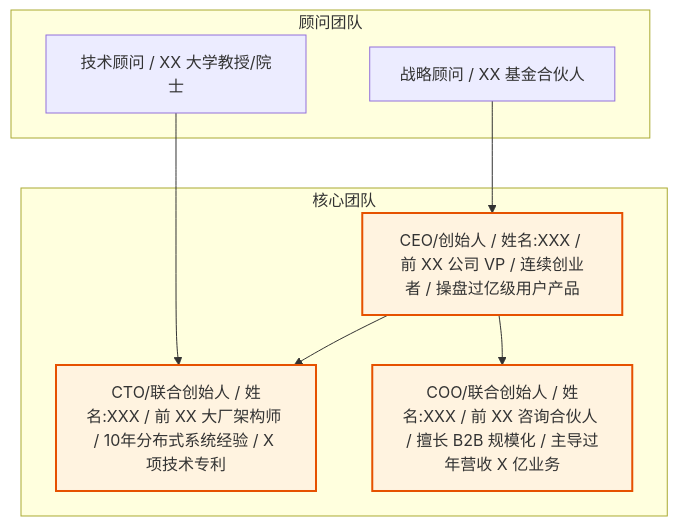
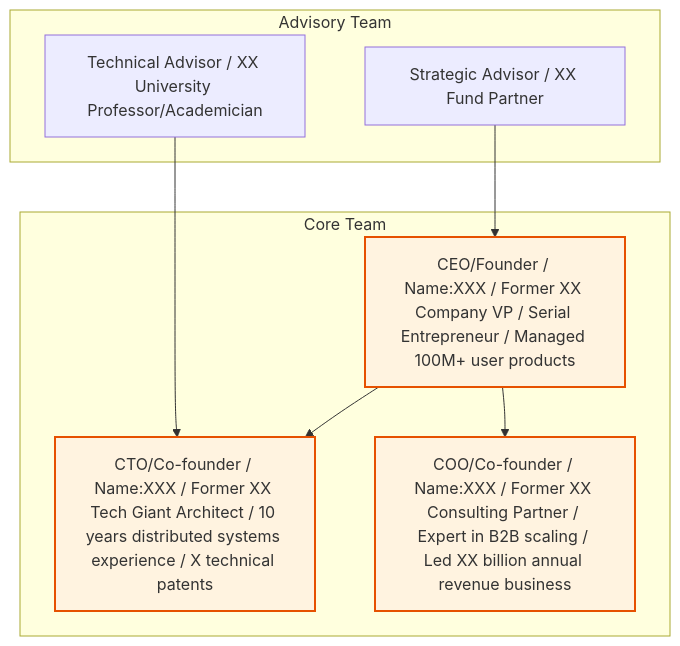
The eighth of 10 diagrams in templates/【模板】商业计划书.md (Kirky-X/cangjie), drawn with Mermaid before and after one commit. The commit also changed other lines of this file and 12 other files, not shown here.

````diff
--- a/templates/【模板】商业计划书.md
+++ b/templates/【模板】商业计划书.md
@@ -289,22 +289,22 @@
 ```mermaid
 graph TD
-    subgraph 核心团队
-        CEO[CEO/创始人 / 姓名:XXX / 前 XX 公司 VP / 连续创业者 / 操盘过亿级用户产品]
-        CTO[CTO/联合创始人 / 姓名:XXX / 前 XX 大厂架构师 / 10年分布式系统经验 / X 项技术专利]
-        COO[COO/联合创始人 / 姓名:XXX / 前 XX 咨询合伙人 / 擅长 B2B 规模化 / 主导过年营收 X 亿业务]
+    subgraph Core Team
+        CEO[CEO/Founder / Name:XXX / Former XX Company VP / Serial Entrepreneur / Managed 100M+ user products]
+        CTO[CTO/Co-founder / Name:XXX / Former XX Tech Giant Architect / 10 years distributed systems experience / X technical patents]
+        COO[COO/Co-founder / Name:XXX / Former XX Consulting Partner / Expert in B2B scaling / Led XX billion annual revenue business]
     end
 
-    subgraph 顾问团队
-        ADV1[战略顾问 / XX 基金合伙人]
-        ADV2[技术顾问 / XX 大学教授/院士]
+    subgraph Advisory Team
+        ADV1[Strategic Advisor / XX Fund Partner]
+        ADV2[Technical Advisor / XX University Professor/Academician]
     end
 
     CEO --> CTO
     CEO --> COO
     ADV1 --> CEO
     ADV2 --> CTO
 
     style CEO fill:#fff3e0,stroke:#e65100,stroke-width:2px
     style CTO fill:#fff3e0,stroke:#e65100,stroke-width:2px
     style COO fill:#fff3e0,stroke:#e65100,stroke-width:2px
 ```
````
